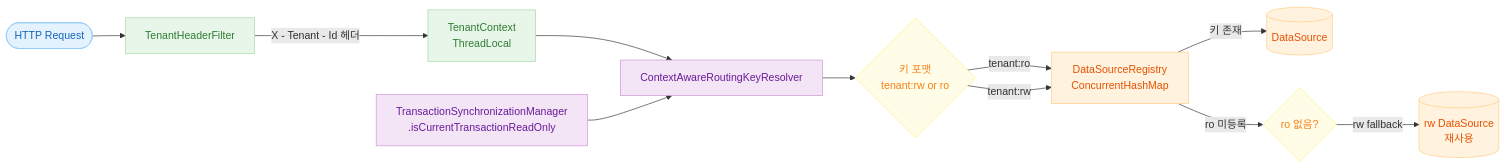
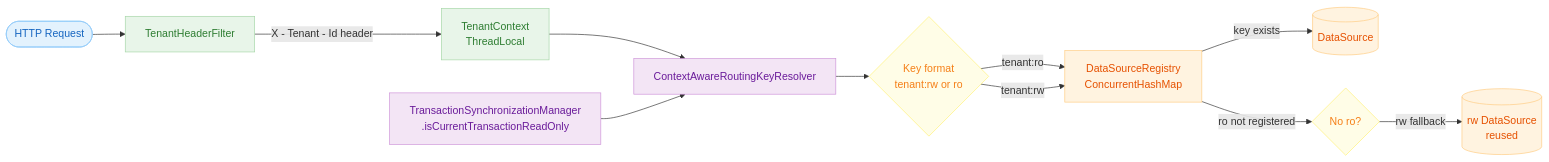
One commit to bluetape4k/exposed-workshop changed the first of 3 diagrams in 11-high-performance/03-routing-datasource/README.md. Above: the diagram before and after it, drawn with Mermaid. The commit also changed other lines of this file and 115 other files, not shown here.

````diff
--- a/11-high-performance/03-routing-datasource/README.md
+++ b/11-high-performance/03-routing-datasource/README.md
@@ -30,39 +29,39 @@
 ```mermaid
 flowchart LR
     Req([HTTP Request])
     Filter[TenantHeaderFilter]
     TC[TenantContext\nThreadLocal]
     Resolver[ContextAwareRoutingKeyResolver]
     TSM[TransactionSynchronizationManager\n.isCurrentTransactionReadOnly]
-    KeyFmt{키 포맷\ntenant:rw or ro}
+    KeyFmt{Key format\ntenant:rw or ro}
     Registry[DataSourceRegistry\nConcurrentHashMap]
     DS[(DataSource)]
-    Fallback{ro 없음?}
-    RW_DS[(rw DataSource\n재사용)]
+    Fallback{No ro?}
+    RW_DS[(rw DataSource\nreused)]
     Req --> Filter
-    Filter -->|X - Tenant - Id 헤더| TC
+    Filter -->|X - Tenant - Id header| TC
     TC --> Resolver
     TSM --> Resolver
     Resolver --> KeyFmt
     KeyFmt -->|tenant:ro| Registry
     KeyFmt -->|tenant:rw| Registry
-    Registry -->|키 존재| DS
-    Registry -->|ro 미등록| Fallback
+    Registry -->|key exists| DS
+    Registry -->|ro not registered| Fallback
     Fallback -->|rw fallback| RW_DS
 
     classDef blue fill:#E3F2FD,stroke:#90CAF9,color:#1565C0
     classDef green fill:#E8F5E9,stroke:#A5D6A7,color:#2E7D32
     classDef purple fill:#F3E5F5,stroke:#CE93D8,color:#6A1B9A
     classDef orange fill:#FFF3E0,stroke:#FFCC80,color:#E65100
     classDef yellow fill:#FFFDE7,stroke:#FFF176,color:#F57F17
 
     class Req blue
     class Filter green
     class TC green
     class Resolver purple
     class TSM purple
     class KeyFmt yellow
     class Registry orange
     class DS,RW_DS orange
     class Fallback yellow
 ```
````
